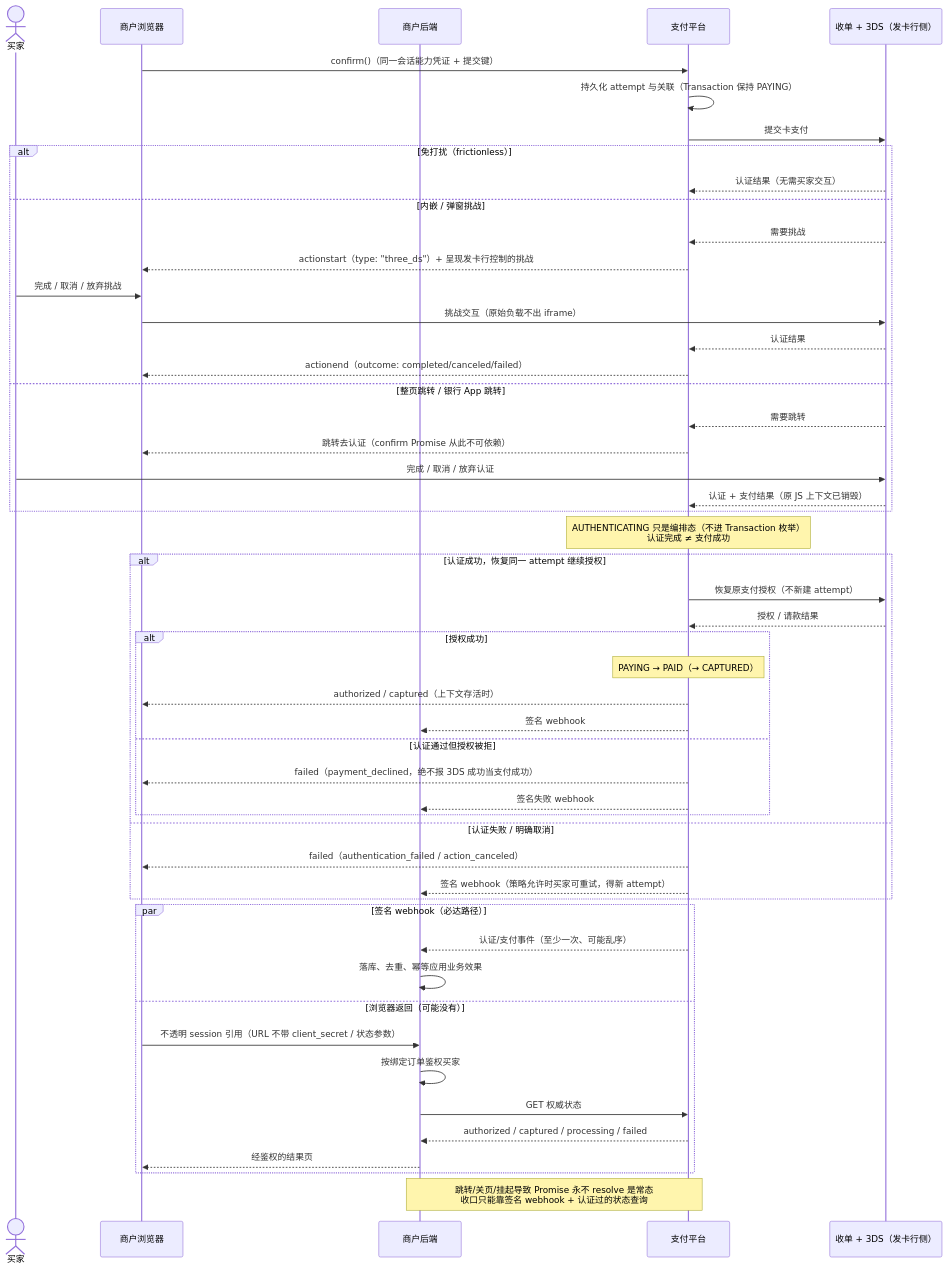
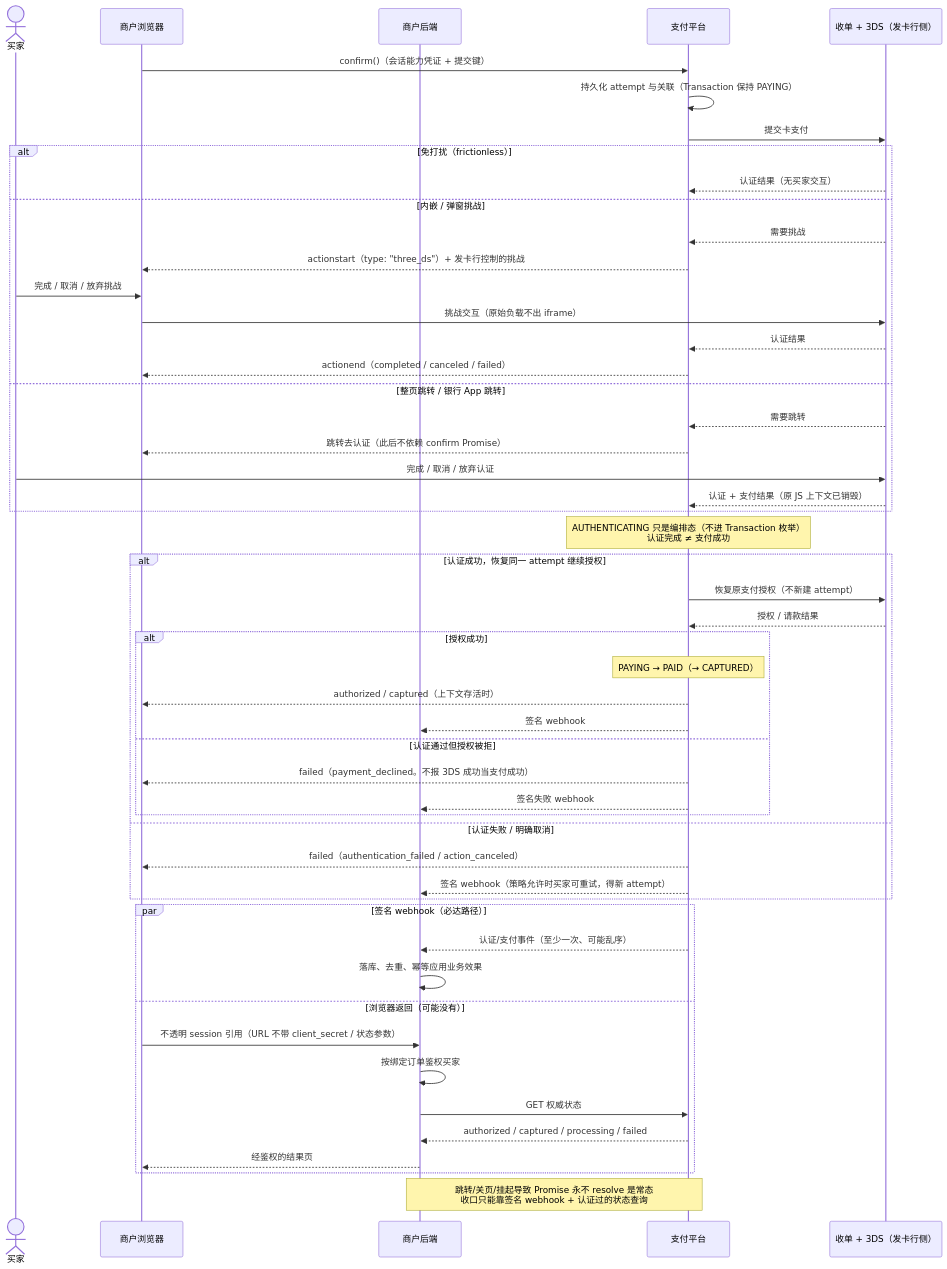
Before and after one commit to 1aboveio/wallet-architecture: the third of 3 diagrams in docs/payment-element-auth-integration-design.md, drawn with Mermaid. The commit also changed other lines of this file, not shown here.

First line of the commit message:
docs: rewrite Payment Element design doc as platform-internal spec

````diff
--- a/docs/payment-element-auth-integration-design.md
+++ b/docs/payment-element-auth-integration-design.md
@@ -499,59 +323,59 @@
 ```mermaid
 sequenceDiagram
     actor Buyer as 买家
     participant Browser as 商户浏览器
     participant Backend as 商户后端
     participant Platform as 支付平台
     participant DS as 收单 + 3DS（发卡行侧）
 
-    Browser->>Platform: confirm()（同一会话能力凭证 + 提交键）
+    Browser->>Platform: confirm()（会话能力凭证 + 提交键）
     Platform->>Platform: 持久化 attempt 与关联（Transaction 保持 PAYING）
     Platform->>DS: 提交卡支付
 
     alt 免打扰（frictionless）
-        DS-->>Platform: 认证结果（无需买家交互）
+        DS-->>Platform: 认证结果（无买家交互）
     else 内嵌 / 弹窗挑战
         DS-->>Platform: 需要挑战
-        Platform-->>Browser: actionstart（type: "three_ds"）+ 呈现发卡行控制的挑战
+        Platform-->>Browser: actionstart（type: "three_ds"）+ 发卡行控制的挑战
         Buyer->>Browser: 完成 / 取消 / 放弃挑战
         Browser->>DS: 挑战交互（原始负载不出 iframe）
         DS-->>Platform: 认证结果
-        Platform-->>Browser: actionend（outcome: completed/canceled/failed）
+        Platform-->>Browser: actionend（completed / canceled / failed）
     else 整页跳转 / 银行 App 跳转
         DS-->>Platform: 需要跳转
-        Platform-->>Browser: 跳转去认证（confirm Promise 从此不可依赖）
+        Platform-->>Browser: 跳转去认证（此后不依赖 confirm Promise）
         Buyer->>DS: 完成 / 取消 / 放弃认证
         DS-->>Platform: 认证 + 支付结果（原 JS 上下文已销毁）
     end
 
     Note over Platform: AUTHENTICATING 只是编排态（不进 Transaction 枚举）<br/>认证完成 ≠ 支付成功
 
     alt 认证成功，恢复同一 attempt 继续授权
         Platform->>DS: 恢复原支付授权（不新建 attempt）
         DS-->>Platform: 授权 / 请款结果
         alt 授权成功
             Note over Platform: PAYING → PAID（→ CAPTURED）
             Platform-->>Browser: authorized / captured（上下文存活时）
             Platform-->>Backend: 签名 webhook
         else 认证通过但授权被拒
-            Platform-->>Browser: failed（payment_declined，绝不报 3DS 成功当支付成功）
+            Platform-->>Browser: failed（payment_declined。不报 3DS 成功当支付成功）
             Platform-->>Backend: 签名失败 webhook
         end
     else 认证失败 / 明确取消
         Platform-->>Browser: failed（authentication_failed / action_canceled）
         Platform-->>Backend: 签名 webhook（策略允许时买家可重试，得新 attempt）
     end
 
     par 签名 webhook（必达路径）
         Platform-->>Backend: 认证/支付事件（至少一次、可能乱序）
         Backend->>Backend: 落库、去重、幂等应用业务效果
     and 浏览器返回（可能没有）
         Browser->>Backend: 不透明 session 引用（URL 不带 client_secret / 状态参数）
         Backend->>Backend: 按绑定订单鉴权买家
         Backend->>Platform: GET 权威状态
         Platform-->>Backend: authorized / captured / processing / failed
         Backend-->>Browser: 经鉴权的结果页
     end
 
     Note over Platform,Backend: 跳转/关页/挂起导致 Promise 永不 resolve 是常态<br/>收口只能靠签名 webhook + 认证过的状态查询
 ```
````
